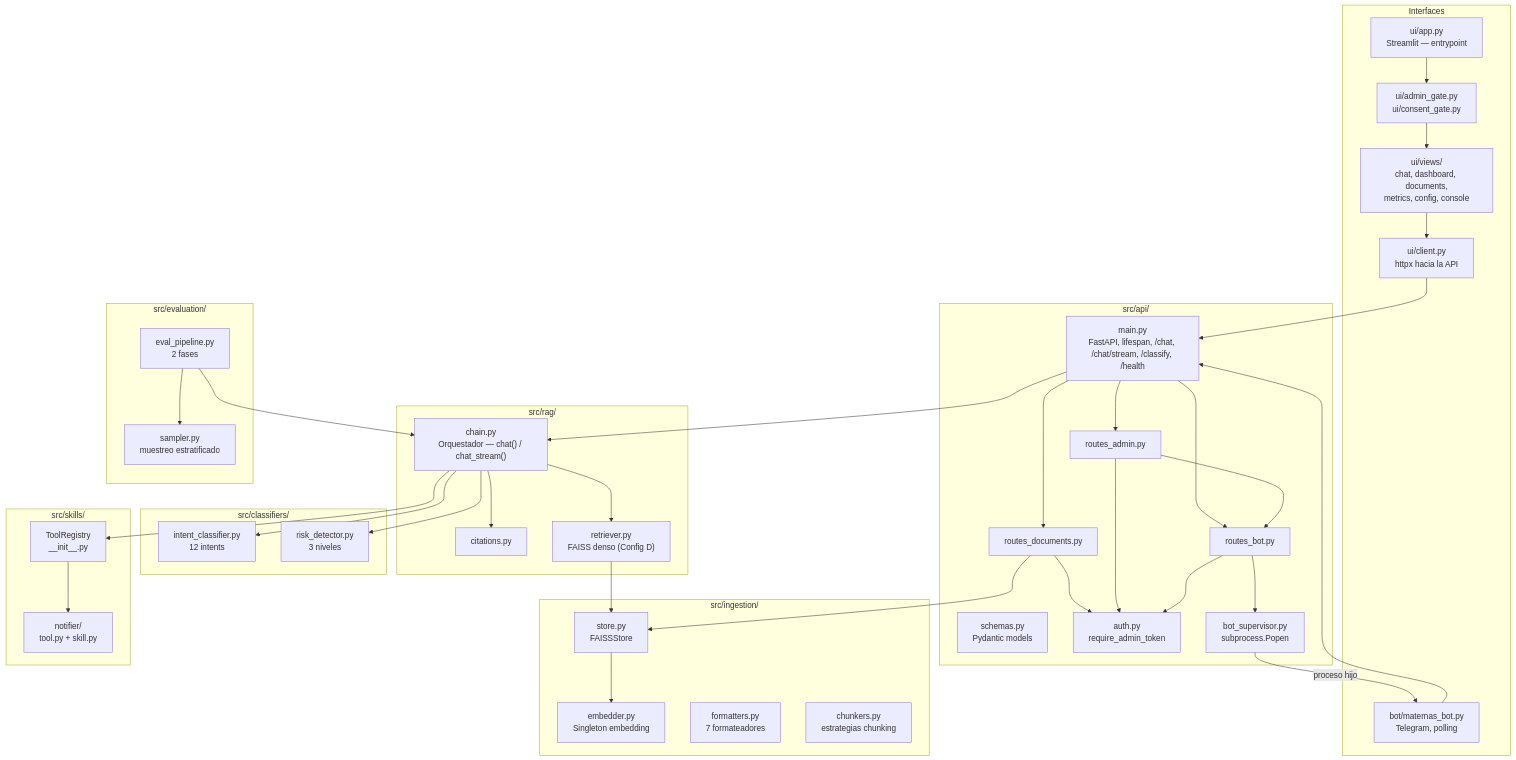
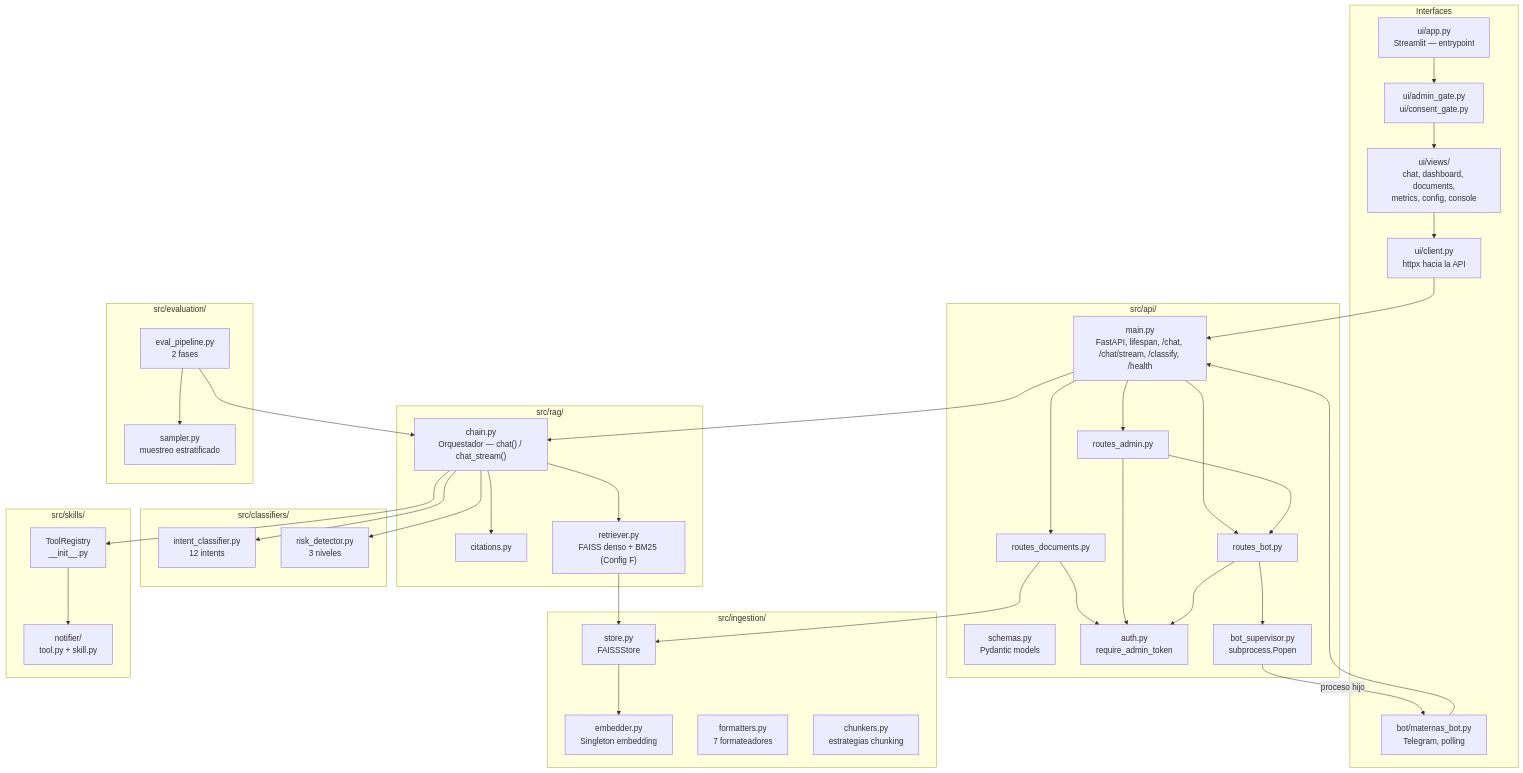
Before and after one commit to minciencias-maternas/maternas-rag: the sixth of 11 diagrams in docs/DOCUMENTACION_oss120b_20260824.md, drawn with Mermaid. The commit also changed other lines of this file and 15 other files, not shown here.

First line of the commit message:
feat(rag): retrieval hibrido denso+BM25 y eliminacion del techo de recall (Config F)

````diff
--- a/docs/DOCUMENTACION_oss120b_20260824.md
+++ b/docs/DOCUMENTACION_oss120b_20260824.md
@@ -605,69 +627,69 @@
 ```mermaid
 graph TD
     subgraph Interfaces
         UI["ui/app.py<br/>Streamlit — entrypoint"]
         VIEWS["ui/views/<br/>chat, dashboard, documents,<br/>metrics, config, console"]
         GATE["ui/admin_gate.py<br/>ui/consent_gate.py"]
         CLIENT["ui/client.py<br/>httpx hacia la API"]
         BOT["bot/maternas_bot.py<br/>Telegram, polling"]
     end
 
     subgraph API["src/api/"]
         MAIN["main.py<br/>FastAPI, lifespan, /chat, /chat/stream, /classify, /health"]
         SCH["schemas.py<br/>Pydantic models"]
         AUTH["auth.py<br/>require_admin_token"]
         RDOC["routes_documents.py"]
         RADM["routes_admin.py"]
         RBOT["routes_bot.py"]
         SUP["bot_supervisor.py<br/>subprocess.Popen"]
     end
 
     subgraph Core["src/rag/"]
         CHAIN["chain.py<br/>Orquestador — chat() / chat_stream()"]
         CITE["citations.py"]
-        RTR["retriever.py<br/>FAISS denso (Config D)"]
+        RTR["retriever.py<br/>FAISS denso + BM25 (Config F)"]
     end
 
     subgraph Classifiers["src/classifiers/"]
         IC["intent_classifier.py<br/>12 intents"]
         RD["risk_detector.py<br/>3 niveles"]
     end
 
     subgraph Ingestion["src/ingestion/"]
         STORE["store.py<br/>FAISSStore"]
         EMB["embedder.py<br/>Singleton embedding"]
         FMT["formatters.py<br/>7 formateadores"]
         CHK["chunkers.py<br/>estrategias chunking"]
     end
 
     subgraph Skills["src/skills/"]
         REG["ToolRegistry<br/>__init__.py"]
         NTFY["notifier/<br/>tool.py + skill.py"]
     end
 
     subgraph Eval["src/evaluation/"]
         PIPE["eval_pipeline.py<br/>2 fases"]
         SAMP["sampler.py<br/>muestreo estratificado"]
     end
 
     UI --> GATE --> VIEWS --> CLIENT
     CLIENT --> MAIN
     BOT --> MAIN
     MAIN --> CHAIN
     MAIN --> RDOC & RADM & RBOT
     RDOC & RADM & RBOT --> AUTH
     RADM --> RBOT
     RBOT --> SUP
     SUP -->|proceso hijo| BOT
     CHAIN --> IC
     CHAIN --> RD
     CHAIN --> RTR
     CHAIN --> CITE
     CHAIN --> REG
     RDOC --> STORE
     RTR --> STORE
     STORE --> EMB
     REG --> NTFY
     PIPE --> CHAIN
     PIPE --> SAMP
 ```
````
